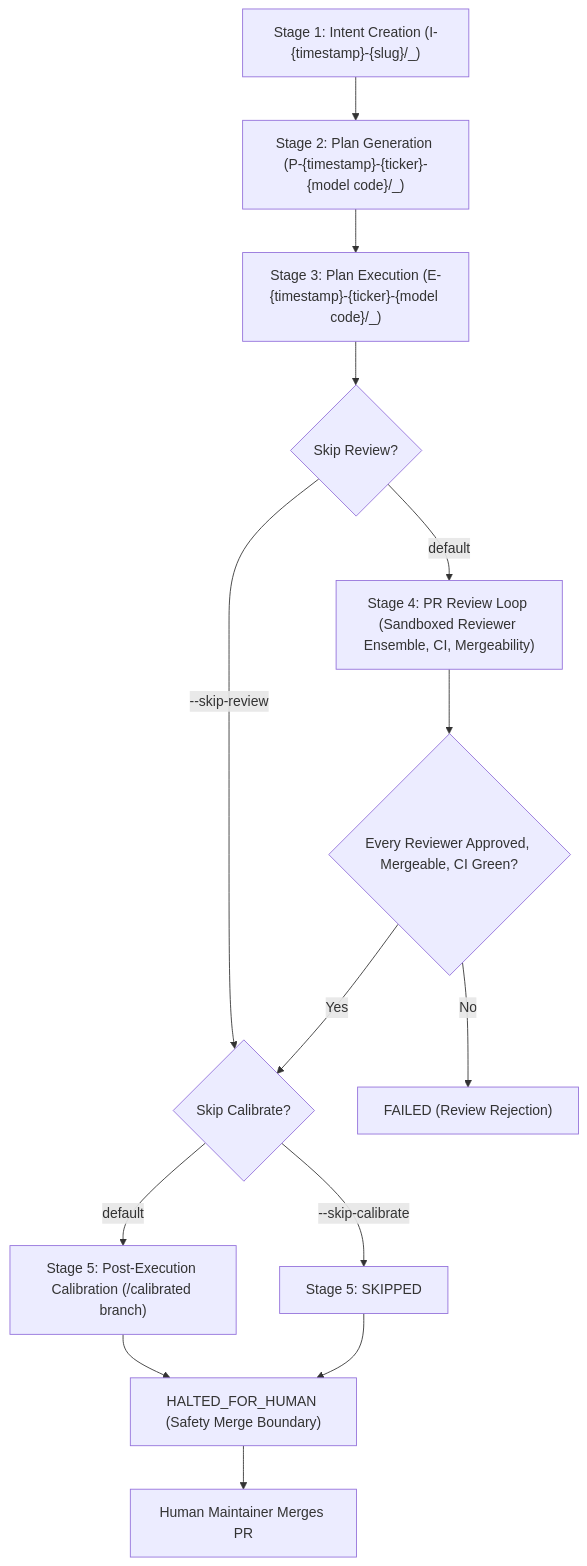
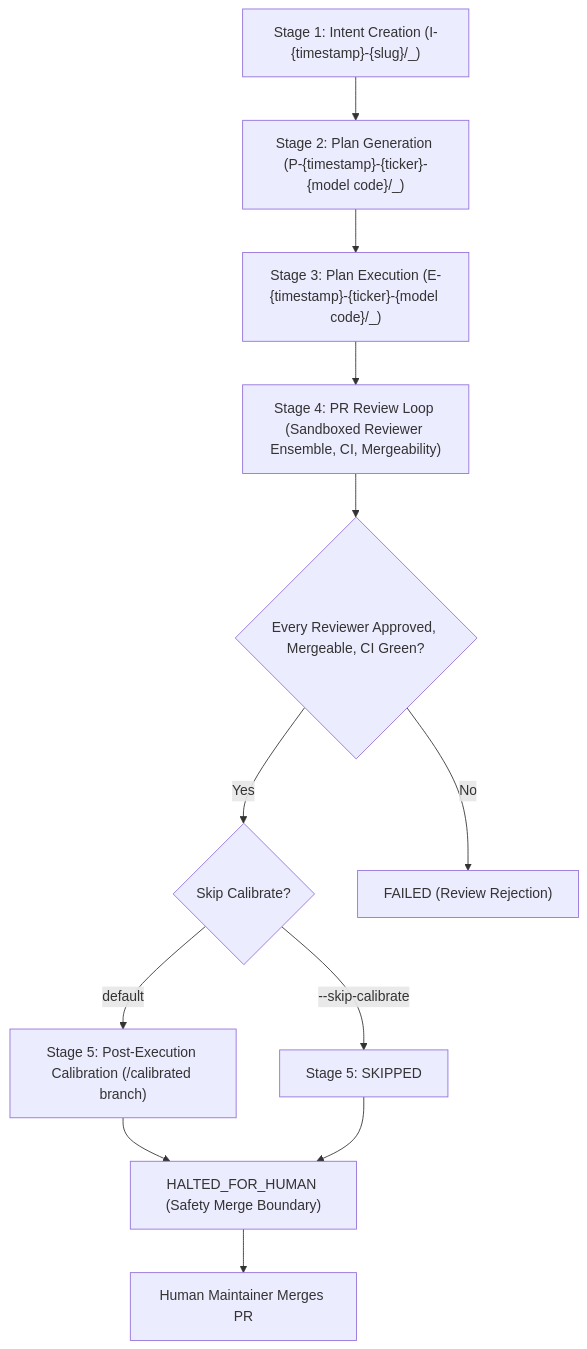
One commit to Holon-Agentic-Coder/holon-agentic-coder changed the third of 3 diagrams in README.md. Above: the diagram before and after it, drawn with Mermaid. The commit also changed other lines of this file and 3 other files, not shown here.

Commit message:
execute: step 3 remove --skip-review from the docs

````diff
--- a/README.md
+++ b/README.md
@@ -874,16 +874,14 @@
 ```mermaid
 flowchart TD
     S1["Stage 1: Intent Creation (I-{timestamp}-{slug}/_)"] --> S2["Stage 2: Plan Generation (P-{timestamp}-{ticker}-{model code}/_)"]
     S2 --> S3["Stage 3: Plan Execution (E-{timestamp}-{ticker}-{model code}/_)"]
-    S3 --> C1{"Skip Review?"}
-    C1 -- "--skip-review" --> C2{"Skip Calibrate?"}
-    C1 -- "default" --> S4["Stage 4: PR Review Loop (Sandboxed Reviewer Ensemble, CI, Mergeability)"]
+    S3 --> S4["Stage 4: PR Review Loop (Sandboxed Reviewer Ensemble, CI, Mergeability)"]
     S4 --> H1{"Every Reviewer Approved, Mergeable, CI Green?"}
-    H1 -- "Yes" --> C2
+    H1 -- "Yes" --> C2{"Skip Calibrate?"}
     H1 -- "No" --> F1["FAILED (Review Rejection)"]
     C2 -- "--skip-calibrate" --> S_SKIP["Stage 5: SKIPPED"]
     C2 -- "default" --> S5["Stage 5: Post-Execution Calibration (/calibrated branch)"]
     S5 --> HALT["HALTED_FOR_HUMAN (Safety Merge Boundary)"]
     S_SKIP --> HALT
     HALT --> DONE["Human Maintainer Merges PR"]
 ```
````
